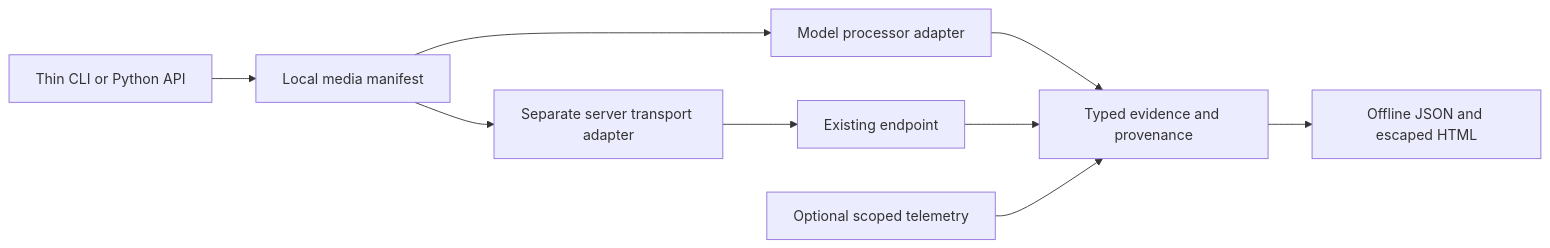
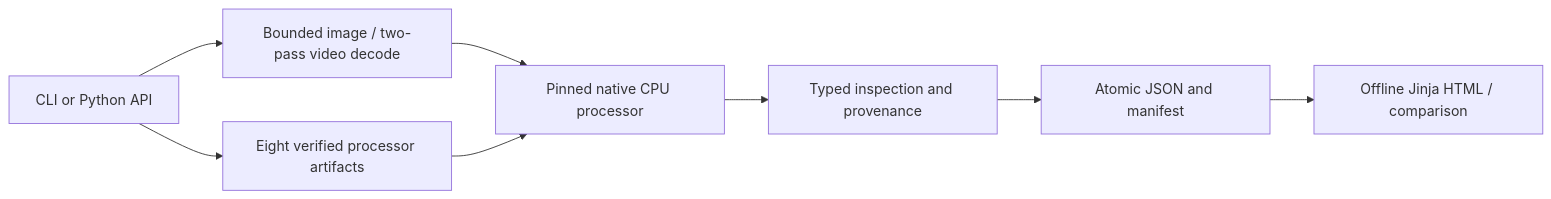
Before and after one commit to oguzhankir/modalmeter: the diagram in docs/architecture.md, drawn with Mermaid. The commit also changed other lines of this file and 92 other files, not shown here.

Commit message:
Implement bounded CPU media inspection and offline reports

````diff
--- a/docs/architecture.md
+++ b/docs/architecture.md
@@ -22,11 +5,10 @@
 ```mermaid
 flowchart LR
-  CLI[Thin CLI or Python API] --> Media[Local media manifest]
-  Media --> Processor[Model processor adapter]
-  Processor --> Result[Typed evidence and provenance]
-  Result --> Report[Offline JSON and escaped HTML]
-  Media --> Transport[Separate server transport adapter]
-  Transport --> HTTP[Existing endpoint]
-  HTTP --> Result
-  Telemetry[Optional scoped telemetry] --> Result
+  CLI[CLI or Python API] --> Cache[Eight verified processor artifacts]
+  CLI --> Media[Bounded image / two-pass video decode]
+  Media --> Adapter[Pinned native CPU processor]
+  Cache --> Adapter
+  Adapter --> Result[Typed inspection and provenance]
+  Result --> Storage[Atomic JSON and manifest]
+  Storage --> Report[Offline Jinja HTML / comparison]
 ```
````
